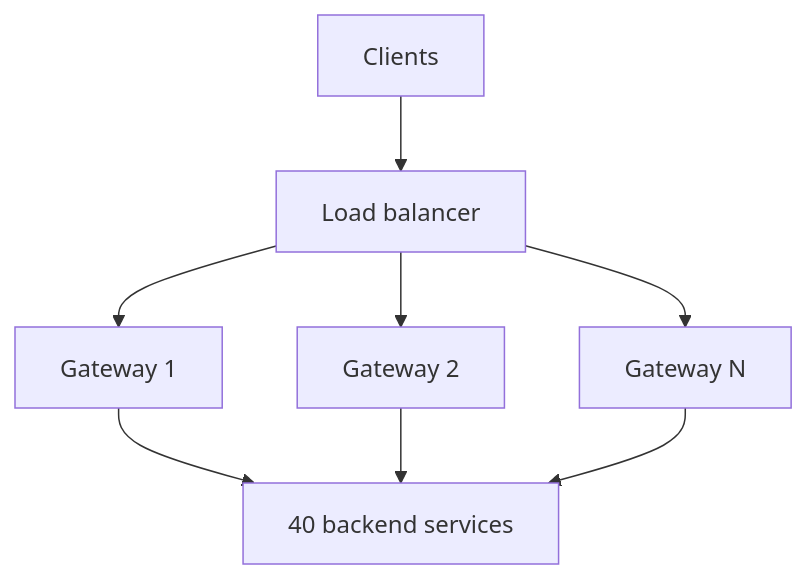
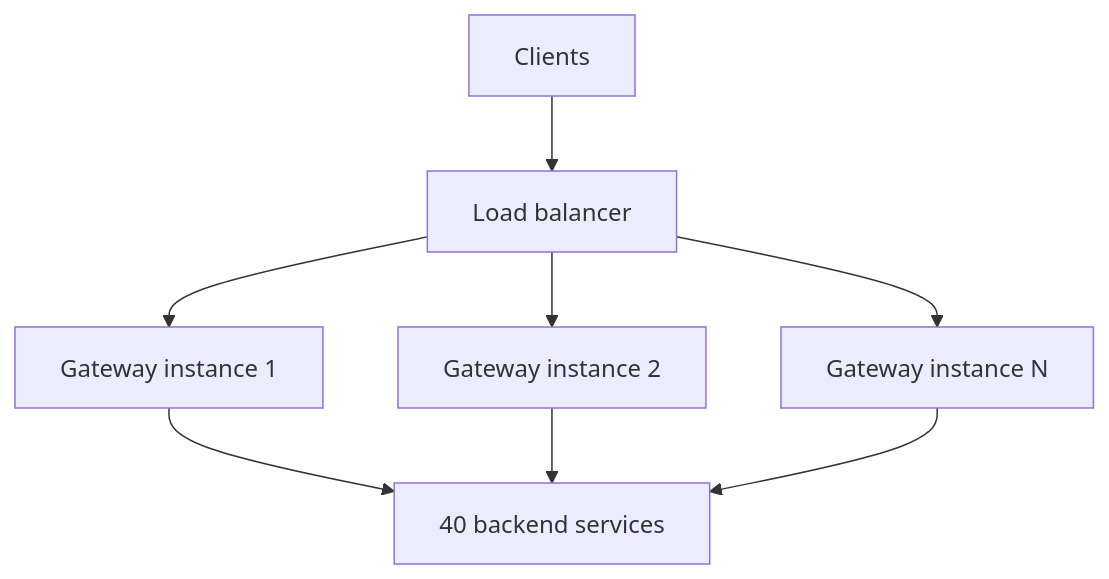
One commit to riyaz-pasha/Learnings changed the third of 13 diagrams in system-design/HLD/0-course/64-Design-an-API-Gateway-FAANG-Guide-story.md. Above: the diagram before and after it, drawn with Mermaid. The commit also changed other lines of this file and 1 other file, not shown here.

Commit message:
[REWRITE] API Gateway story guide: simplify prose, add structure, fix diagrams

````diff
--- a/system-design/HLD/0-course/64-Design-an-API-Gateway-FAANG-Guide-story.md
+++ b/system-design/HLD/0-course/64-Design-an-API-Gateway-FAANG-Guide-story.md
@@ -121,10 +184,10 @@
 ```mermaid
-graph TB
+flowchart TB
     Client["Clients"] --> LB["Load balancer"]
-    LB --> G1["Gateway 1"]
-    LB --> G2["Gateway 2"]
-    LB --> G3["Gateway N"]
+    LB --> G1["Gateway instance 1"]
+    LB --> G2["Gateway instance 2"]
+    LB --> G3["Gateway instance N"]
     G1 --> Backends["40 backend services"]
     G2 --> Backends
     G3 --> Backends
 ```
````
